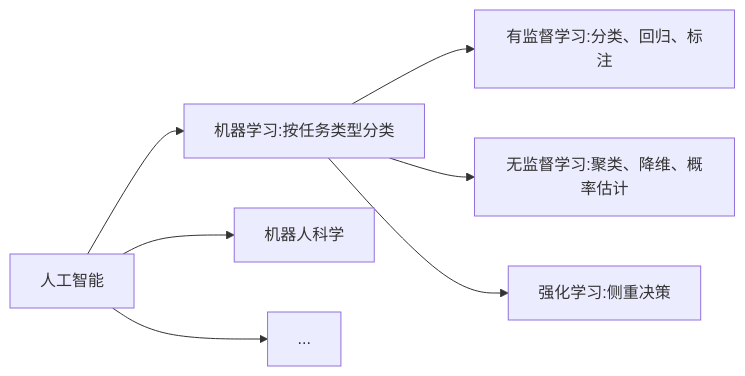
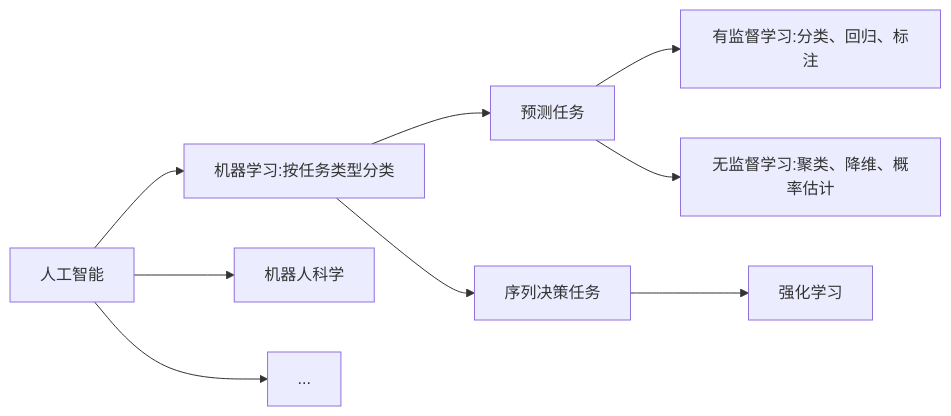
Before and after one commit to AmosTian/blog: the diagram in source/_posts/6-AI/4-强化学习/1-强化学习概念与原理.md, drawn with Mermaid. The commit also changed other lines of this file and 151 other files, not shown here.

````diff
--- a/source/_posts/6-AI/4-强化学习/1-强化学习概念与原理.md
+++ b/source/_posts/6-AI/4-强化学习/1-强化学习概念与原理.md
@@ -194,9 +132,11 @@
 ```mermaid
 graph LR;
 A[人工智能]-->B["机器学习:按任务类型分类"]
 A-->C[机器人科学]
 A-->D[...]
-B-->E["有监督学习:分类、回归、标注"]
-B-->F["无监督学习:聚类、降维、概率估计"]
-B-->G["强化学习:侧重决策"]
+B-->E[预测任务]
+E-->F["有监督学习:分类、回归、标注"]
+E-->G["无监督学习:聚类、降维、概率估计"]
+B-->H[序列决策任务]
+H-->I["强化学习"]
 ```
````
